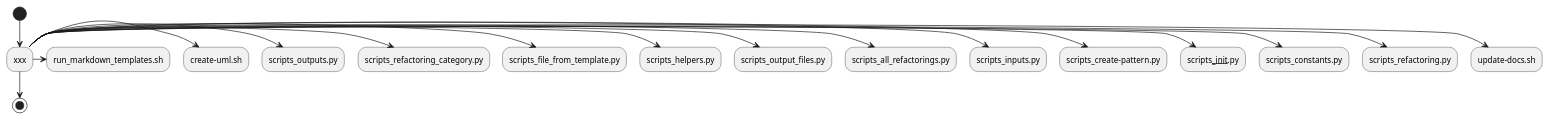
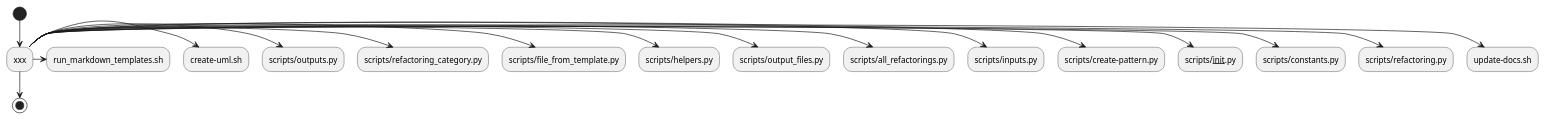
The diagram in uml/Scripts/Scripts.puml (claremacrae/RefactoringSamples), drawn with PlantUML before and after one commit.

Commit message:
Reinstate directory separator

```diff
--- a/uml/Scripts/Scripts.puml
+++ b/uml/Scripts/Scripts.puml
@@ -1,18 +1,18 @@
 @startuml
 (*) --> xxx
 xxx -> update-docs.sh
-xxx -> scripts_refactoring.py
-xxx -> scripts_constants.py
-xxx -> scripts___init__.py
-xxx -> scripts_create-pattern.py
-xxx -> scripts_inputs.py
-xxx -> scripts_all_refactorings.py
-xxx -> scripts_output_files.py
-xxx -> scripts_helpers.py
-xxx -> scripts_file_from_template.py
-xxx -> scripts_refactoring_category.py
-xxx -> scripts_outputs.py
+xxx -> scripts/refactoring.py
+xxx -> scripts/constants.py
+xxx -> scripts/__init__.py
+xxx -> scripts/create-pattern.py
+xxx -> scripts/inputs.py
+xxx -> scripts/all_refactorings.py
+xxx -> scripts/output_files.py
+xxx -> scripts/helpers.py
+xxx -> scripts/file_from_template.py
+xxx -> scripts/refactoring_category.py
+xxx -> scripts/outputs.py
 xxx -> create-uml.sh
 xxx -> run_markdown_templates.sh
 xxx --> (*)
 @enduml
```
